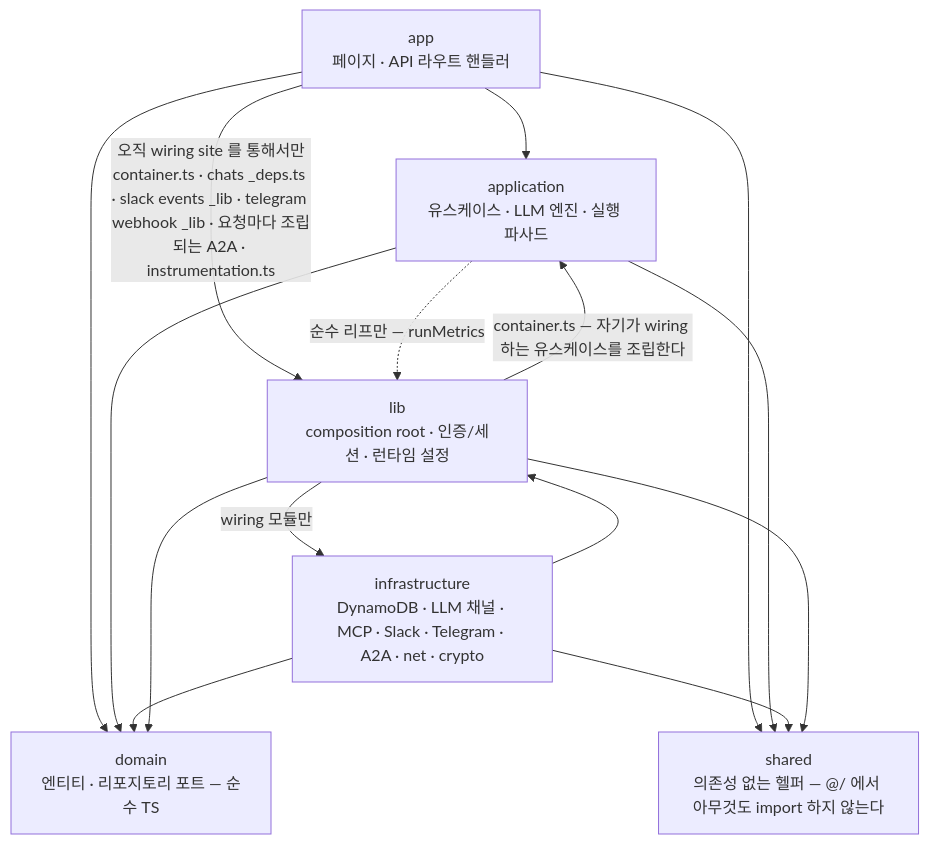
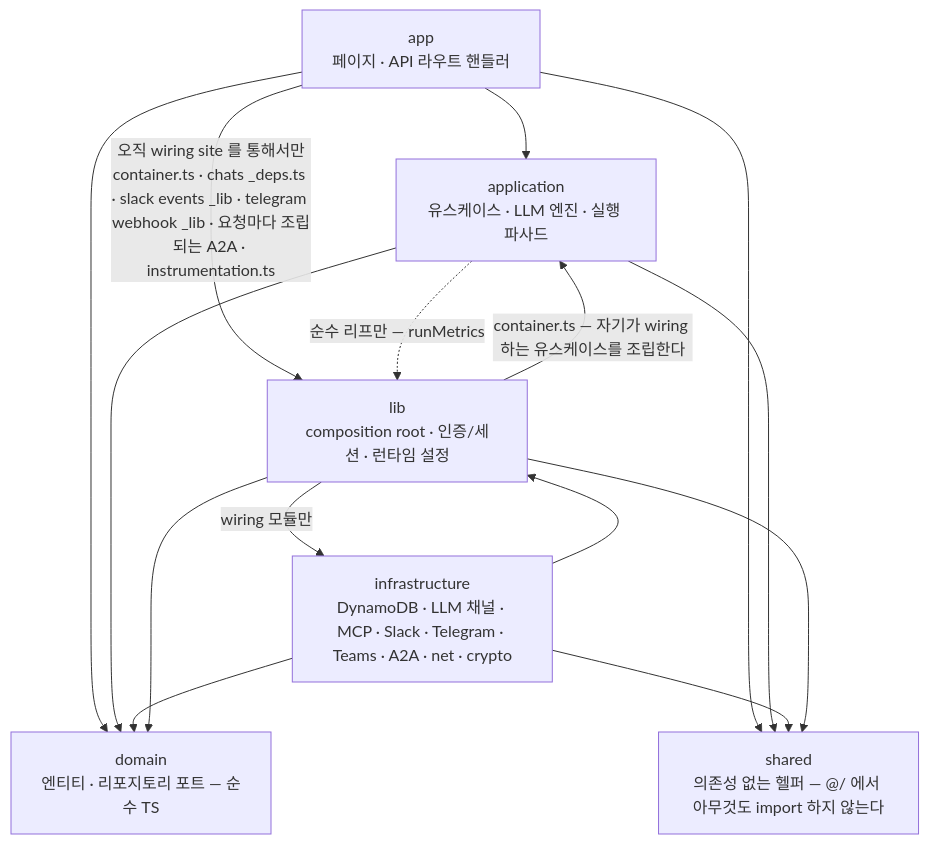
One commit to opspresso/agent-studio changed the first of 4 diagrams in docs/ARCHITECTURE.md. Above: the diagram before and after it, drawn with Mermaid. The commit also changed other lines of this file and 12 other files, not shown here.

````diff
--- a/docs/ARCHITECTURE.md
+++ b/docs/ARCHITECTURE.md
@@ -112,24 +114,24 @@
 ```mermaid
 flowchart TB
   app["app<br/>페이지 · API 라우트 핸들러"]
   application["application<br/>유스케이스 · LLM 엔진 · 실행 파사드"]
   domain["domain<br/>엔티티 · 리포지토리 포트 — 순수 TS"]
-  infrastructure["infrastructure<br/>DynamoDB · LLM 채널 · MCP · Slack · Telegram · A2A · net · crypto"]
+  infrastructure["infrastructure<br/>DynamoDB · LLM 채널 · MCP · Slack · Telegram · Teams · A2A · net · crypto"]
   lib["lib<br/>composition root · 인증/세션 · 런타임 설정"]
   shared["shared<br/>의존성 없는 헬퍼 — @/ 에서 아무것도 import 하지 않는다"]
 
   app --> application
   app --> domain
   application --> domain
   infrastructure --> domain
   infrastructure --> lib
   app -->|"오직 wiring site 를 통해서만<br/>container.ts · chats _deps.ts · slack events _lib · telegram webhook _lib · 요청마다 조립되는 A2A · instrumentation.ts"| lib
   lib --> domain
   lib -->|"container.ts — 자기가 wiring 하는 유스케이스를 조립한다"| application
   lib -->|"wiring 모듈만"| infrastructure
   application -.->|"순수 리프만 — runMetrics"| lib
   app --> shared
   application --> shared
   infrastructure --> shared
   lib --> shared
 ```
````
